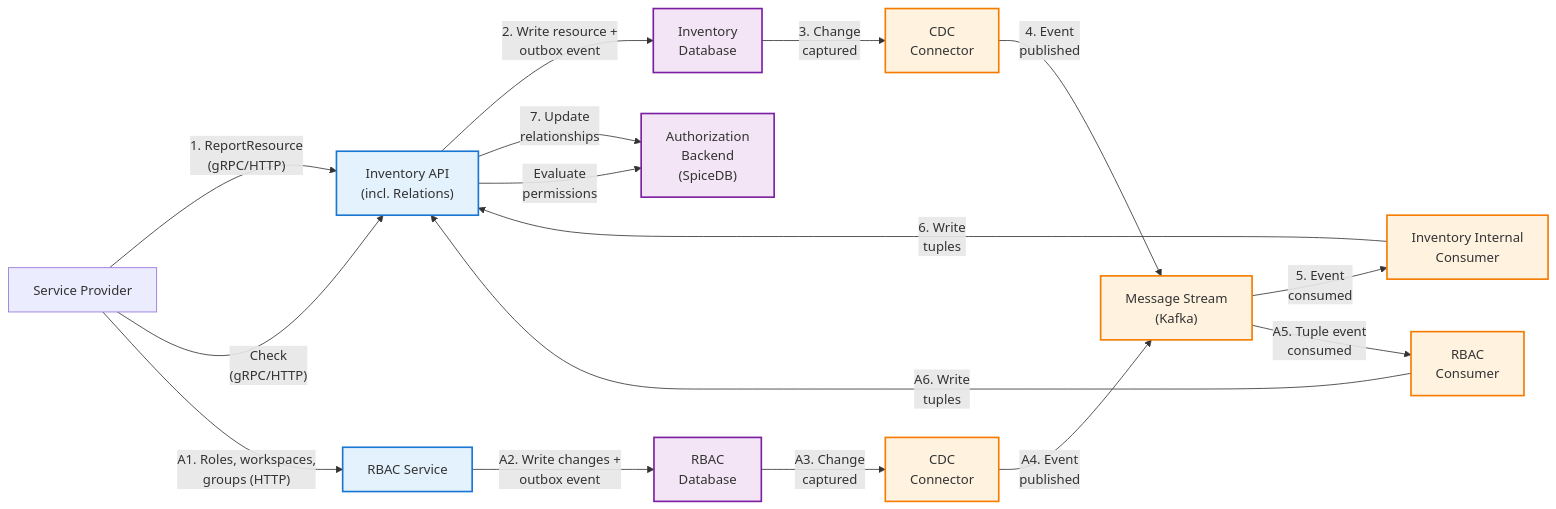
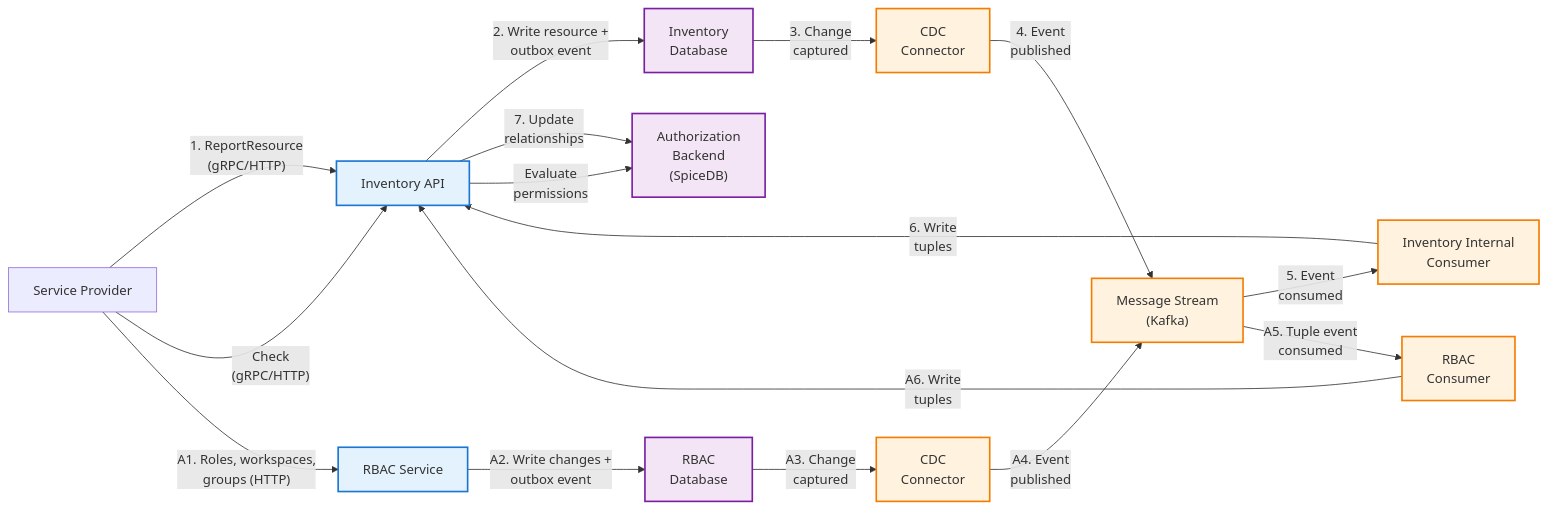
The diagram in src/assets/architecture.mmd (project-kessel/docs), drawn with Mermaid before and after one commit. The commit also changed 1 other file, not shown here.

Commit message:
removes mention of relations from diagram

```diff
--- a/src/assets/architecture.mmd
+++ b/src/assets/architecture.mmd
@@ -1,39 +1,39 @@
 flowchart LR
     SP["Service Provider"]
-    INV["Inventory API\n(incl. Relations)"]
+    INV["Inventory API"]
     DB["Inventory\nDatabase"]
     CDC["CDC\nConnector"]
     Consumer["Inventory Internal\nConsumer"]
     RBAC_Consumer["RBAC\nConsumer"]
     Stream["Message Stream\n(Kafka)"]
     SpiceDB["Authorization\nBackend\n(SpiceDB)"]
 
     RBAC["RBAC Service"]
     RBAC_DB["RBAC\nDatabase"]
     RBAC_CDC["CDC\nConnector"]
 
     SP -->|"1. ReportResource\n(gRPC/HTTP)"| INV
     INV -->|"2. Write resource +\noutbox event"| DB
     DB -->|"3. Change\ncaptured"| CDC
     CDC -->|"4. Event\npublished"| Stream
     Consumer -->|"6. Write\ntuples"| INV
     Stream -->|"5. Event\nconsumed"| Consumer
     INV -->|"7. Update\nrelationships"| SpiceDB
 
     SP -->|"Check\n(gRPC/HTTP)"| INV
     INV -->|"Evaluate\npermissions"| SpiceDB
 
     SP -->|"A1. Roles, workspaces,\ngroups (HTTP)"| RBAC
     RBAC -->|"A2. Write changes +\noutbox event"| RBAC_DB
     RBAC_DB -->|"A3. Change\ncaptured"| RBAC_CDC
     RBAC_CDC -->|"A4. Event\npublished"| Stream
     RBAC_Consumer -->|"A6. Write\ntuples"| INV
     Stream -->|"A5. Tuple event\nconsumed"| RBAC_Consumer
 
     classDef api fill:#e3f2fd,stroke:#1976d2,stroke-width:2px
     classDef store fill:#f3e5f5,stroke:#7b1fa2,stroke-width:2px
     classDef pipeline fill:#fff3e0,stroke:#f57c00,stroke-width:2px
 
     class INV,RBAC api
     class DB,SpiceDB,RBAC_DB store
     class CDC,Stream,Consumer,RBAC_CDC,RBAC_Consumer pipeline
```
